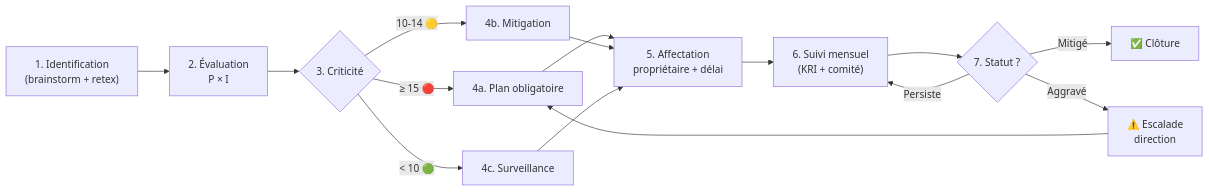
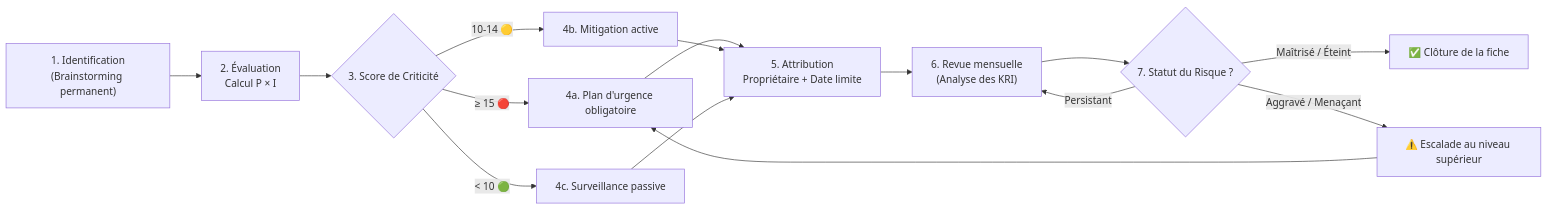
The third of 3 diagrams in 1-document/projet/2-en-cours/risques/gestion-des-risques.md (lucavdb06/flowlearn), drawn with Mermaid before and after one commit. The commit also changed other lines of this file and 1 other file, not shown here.

Commit message:
modification gestion des risques + schéma OBS

````diff
--- a/1-document/projet/2-en-cours/risques/gestion-des-risques.md
+++ b/1-document/projet/2-en-cours/risques/gestion-des-risques.md
@@ -712,17 +365,17 @@
 ```mermaid
 flowchart LR
-  A["1. Identification<br/>(brainstorm + retex)"] --> B["2. Évaluation<br/>P × I"]
-  B --> C{"3. Criticité"}
-  C -->|"≥ 15 🔴"| D["4a. Plan obligatoire"]
-  C -->|"10-14 🟡"| E["4b. Mitigation"]
-  C -->|"< 10 🟢"| F["4c. Surveillance"]
-  D --> G["5. Affectation<br/>propriétaire + délai"]
+  A["1. Identification<br/>(Brainstorming permanent)"] --> B["2. Évaluation<br/>Calcul P × I"]
+  B --> C{"3. Score de Criticité"}
+  C -->|"≥ 15 🔴"| D["4a. Plan d'urgence obligatoire"]
+  C -->|"10-14 🟡"| E["4b. Mitigation active"]
+  C -->|"< 10 🟢"| F["4c. Surveillance passive"]
+  D --> G["5. Attribution<br/>Propriétaire + Date limite"]
   E --> G
   F --> G
-  G --> H["6. Suivi mensuel<br/>(KRI + comité)"]
-  H --> I{"7. Statut ?"}
-  I -->|"Mitigé"| J["✅ Clôture"]
-  I -->|"Persiste"| H
-  I -->|"Aggravé"| K["⚠️  Escalade<br/>direction"]
+  G --> H["6. Revue mensuelle<br/>(Analyse des KRI)"]
+  H --> I{"7. Statut du Risque ?"}
+  I -->|"Maîtrisé / Éteint"| J["✅ Clôture de la fiche"]
+  I -->|"Persistant"| H
+  I -->|"Aggravé / Menaçant"| K["⚠️ Escalade au niveau supérieur"]
   K --> D
 ```
````
